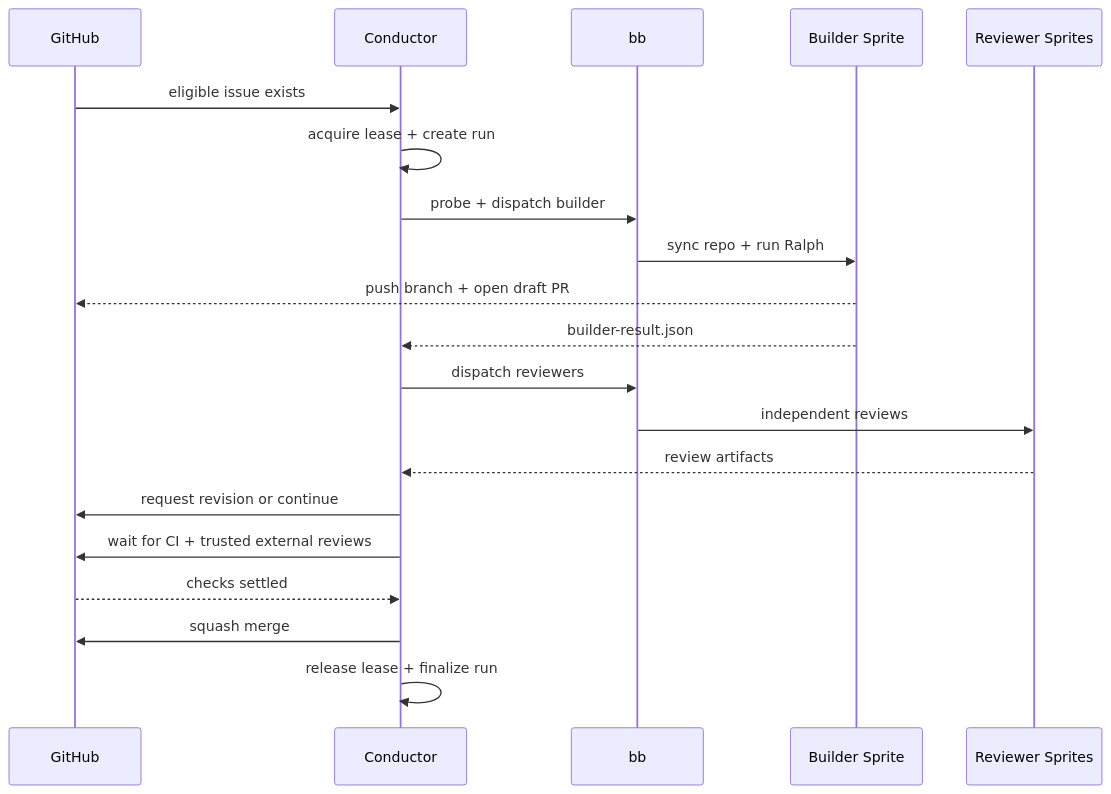
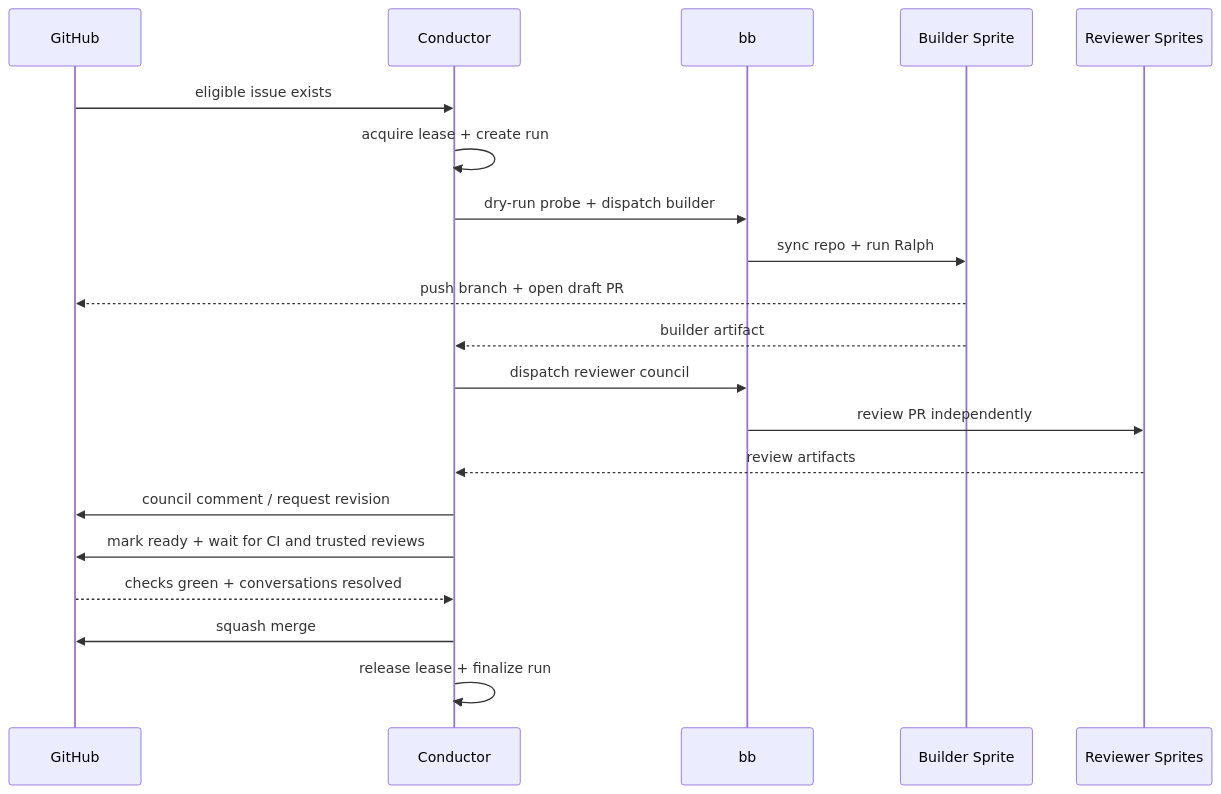
One commit to misty-step/bitterblossom changed the diagram in docs/CODEBASE_MAP.md. Above: the diagram before and after it, drawn with Mermaid. The commit also changed other lines of this file and 5 other files, not shown here.

Commit message:
docs: reconcile context artifact review feedback

````diff
--- a/docs/CODEBASE_MAP.md
+++ b/docs/CODEBASE_MAP.md
@@ -21,23 +21,23 @@
 ```mermaid
 sequenceDiagram
     participant GH as GitHub
     participant C as Conductor
     participant BB as bb
-    participant B as Builder Sprite
+    participant W as Builder Sprite
     participant R as Reviewer Sprites
 
     GH->>C: eligible issue exists
     C->>C: acquire lease + create run
-    C->>BB: probe + dispatch builder
-    BB->>B: sync repo + run Ralph
-    B-->>GH: push branch + open draft PR
-    B-->>C: builder-result.json
-    C->>BB: dispatch reviewers
-    BB->>R: independent reviews
+    C->>BB: dry-run probe + dispatch builder
+    BB->>W: sync repo + run Ralph
+    W-->>GH: push branch + open draft PR
+    W-->>C: builder artifact
+    C->>BB: dispatch reviewer council
+    BB->>R: review PR independently
     R-->>C: review artifacts
-    C->>GH: request revision or continue
-    C->>GH: wait for CI + trusted external reviews
-    GH-->>C: checks settled
+    C->>GH: council comment / request revision
+    C->>GH: mark ready + wait for CI and trusted reviews
+    GH-->>C: checks green + conversations resolved
     C->>GH: squash merge
     C->>C: release lease + finalize run
 ```
````
